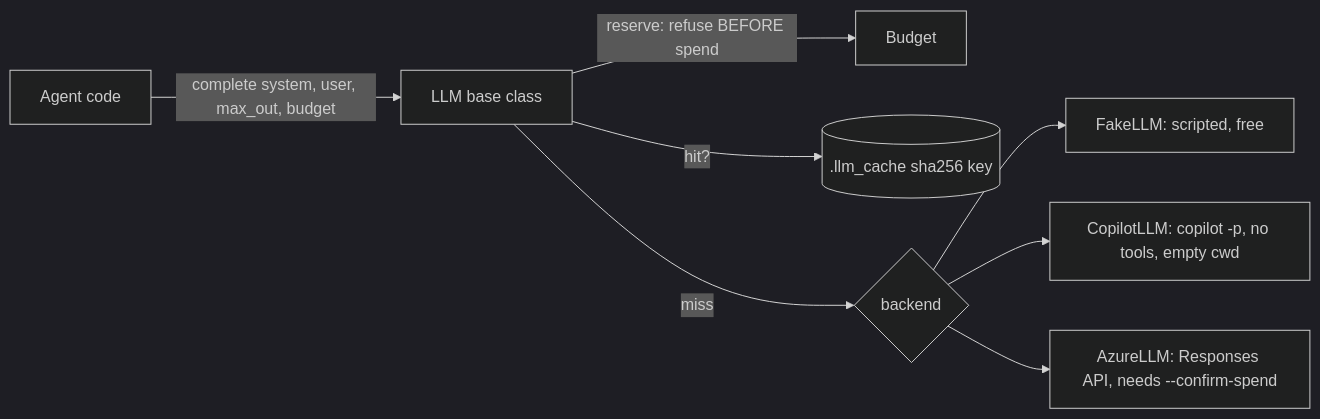
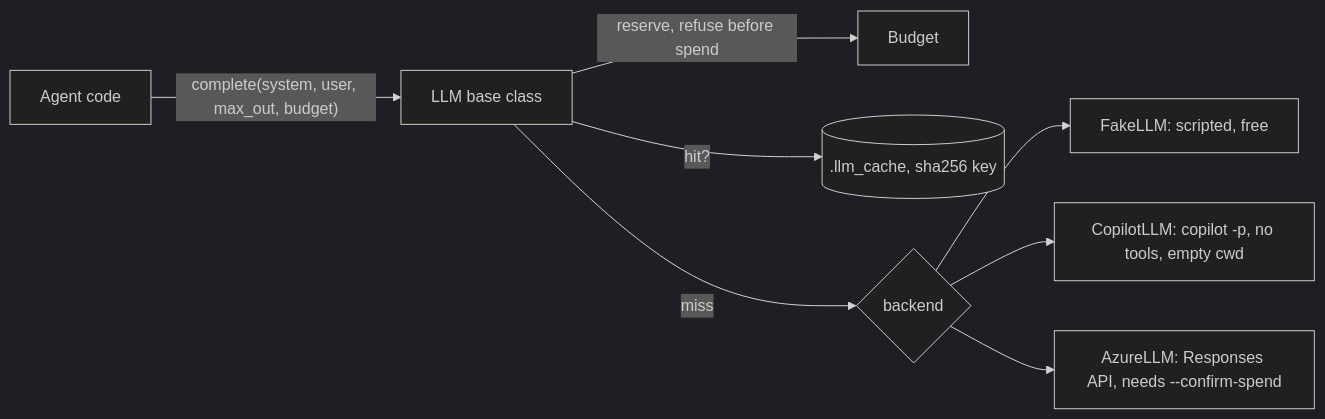
The diagram in docs/11_llm_tool_calling.md (node31/fiqa-agentic-retrieval), drawn with Mermaid (dark theme) before and after one commit. The commit also changed other lines of this file and 38 other files, not shown here.

````diff
--- a/docs/11_llm_tool_calling.md
+++ b/docs/11_llm_tool_calling.md
@@ -27,10 +19,10 @@
 ```mermaid
 flowchart LR
-  A[Agent code] -->|complete system, user, max_out, budget| L[LLM base class]
-  L -->|reserve: refuse BEFORE spend| B[Budget]
-  L -->|hit?| C[(.llm_cache sha256 key)]
-  L -->|miss| X{backend}
-  X --> F[FakeLLM: scripted, free]
-  X --> P[CopilotLLM: copilot -p, no tools, empty cwd]
-  X --> Z[AzureLLM: Responses API, needs --confirm-spend]
+  A["Agent code"] -->|"complete(system, user, max_out, budget)"| L["LLM base class"]
+  L -->|"reserve, refuse before spend"| B["Budget"]
+  L -->|"hit?"| C[(".llm_cache, sha256 key")]
+  L -->|"miss"| X{"backend"}
+  X --> F["FakeLLM: scripted, free"]
+  X --> P["CopilotLLM: copilot -p, no tools, empty cwd"]
+  X --> Z["AzureLLM: Responses API, needs --confirm-spend"]
 ```
````
